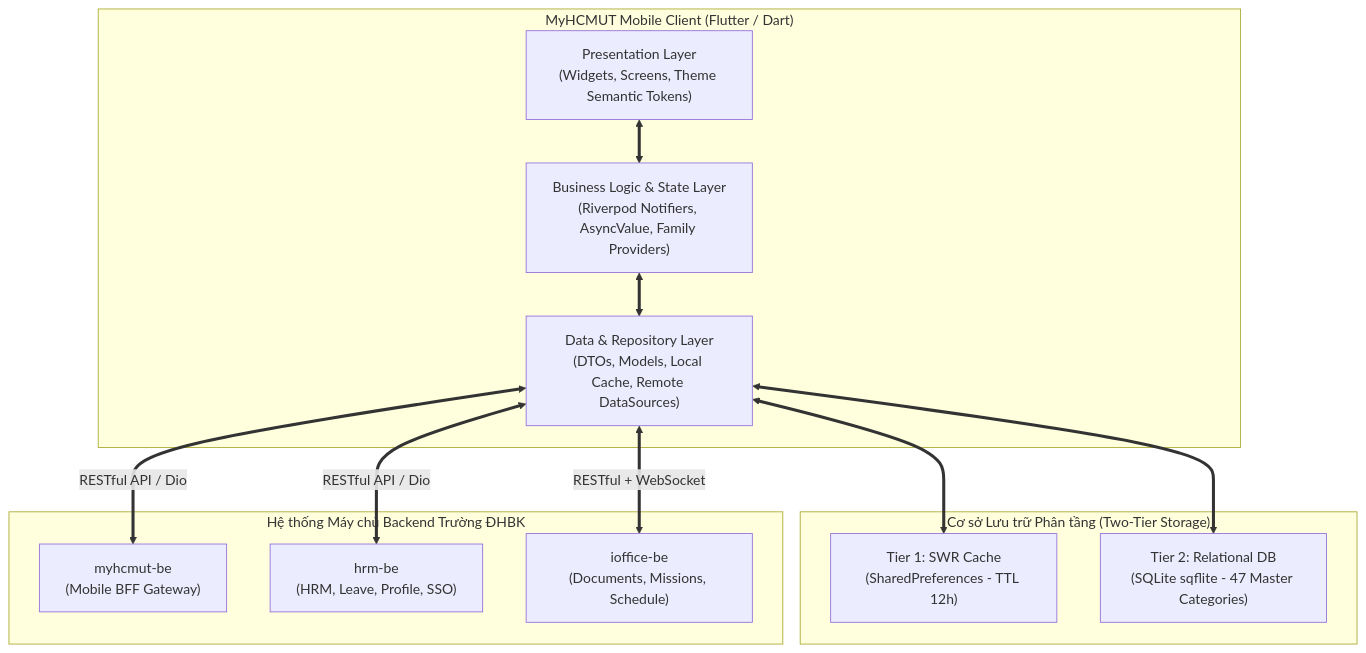
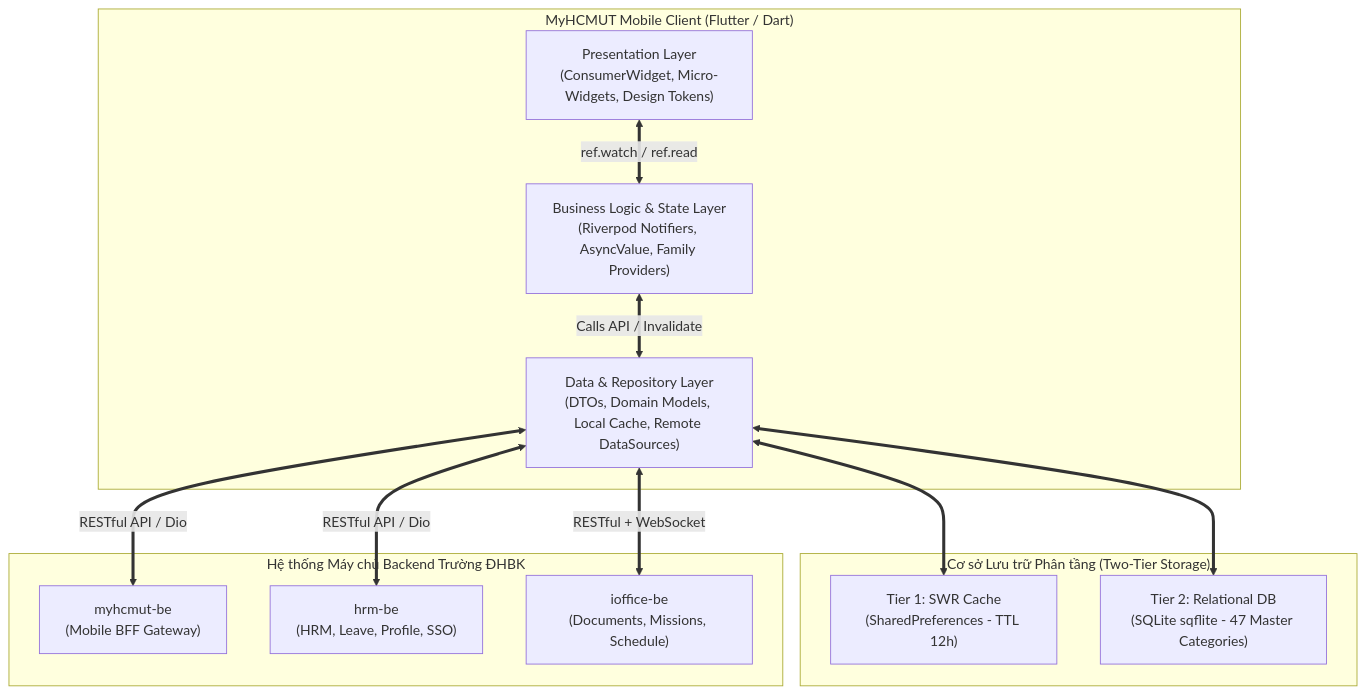
One commit to xchinh/Report-DATN changed the first of 7 diagrams in docs/10_SECTION_3_2_FRONTEND_ENGINEERING.md. Above: the diagram before and after it, drawn with Mermaid. The commit also changed other lines of this file and 114 other files, not shown here.

````diff
--- a/docs/10_SECTION_3_2_FRONTEND_ENGINEERING.md
+++ b/docs/10_SECTION_3_2_FRONTEND_ENGINEERING.md
@@ -25,27 +50,27 @@
 ```mermaid
 flowchart TD
     subgraph ClientApp["MyHCMUT Mobile Client (Flutter / Dart)"]
-        UI["Presentation Layer<br/>(Widgets, Screens, Theme Semantic Tokens)"]
+        UI["Presentation Layer<br/>(ConsumerWidget, Micro-Widgets, Design Tokens)"]
         BL["Business Logic & State Layer<br/>(Riverpod Notifiers, AsyncValue, Family Providers)"]
-        DL["Data & Repository Layer<br/>(DTOs, Models, Local Cache, Remote DataSources)"]
-        UI <==> BL
-        BL <==> DL
+        DL["Data & Repository Layer<br/>(DTOs, Domain Models, Local Cache, Remote DataSources)"]
+        UI <==>|ref.watch / ref.read| BL
+        BL <==>|Calls API / Invalidate| DL
     end
 
     subgraph DataStorage["Cơ sở Lưu trữ Phân tầng (Two-Tier Storage)"]
         SWR["Tier 1: SWR Cache<br/>(SharedPreferences - TTL 12h)"]
         SQLiteDB["Tier 2: Relational DB<br/>(SQLite sqflite - 47 Master Categories)"]
     end
 
     subgraph ExternalBackends["Hệ thống Máy chủ Backend Trường ĐHBK"]
         BFF["myhcmut-be<br/>(Mobile BFF Gateway)"]
         HRM["hrm-be<br/>(HRM, Leave, Profile, SSO)"]
         IOFFICE["ioffice-be<br/>(Documents, Missions, Schedule)"]
     end
 
     DL <==> SWR
     DL <==> SQLiteDB
     DL <==>|RESTful API / Dio| BFF
     DL <==>|RESTful API / Dio| HRM
     DL <==>|RESTful + WebSocket| IOFFICE
 ```
````
